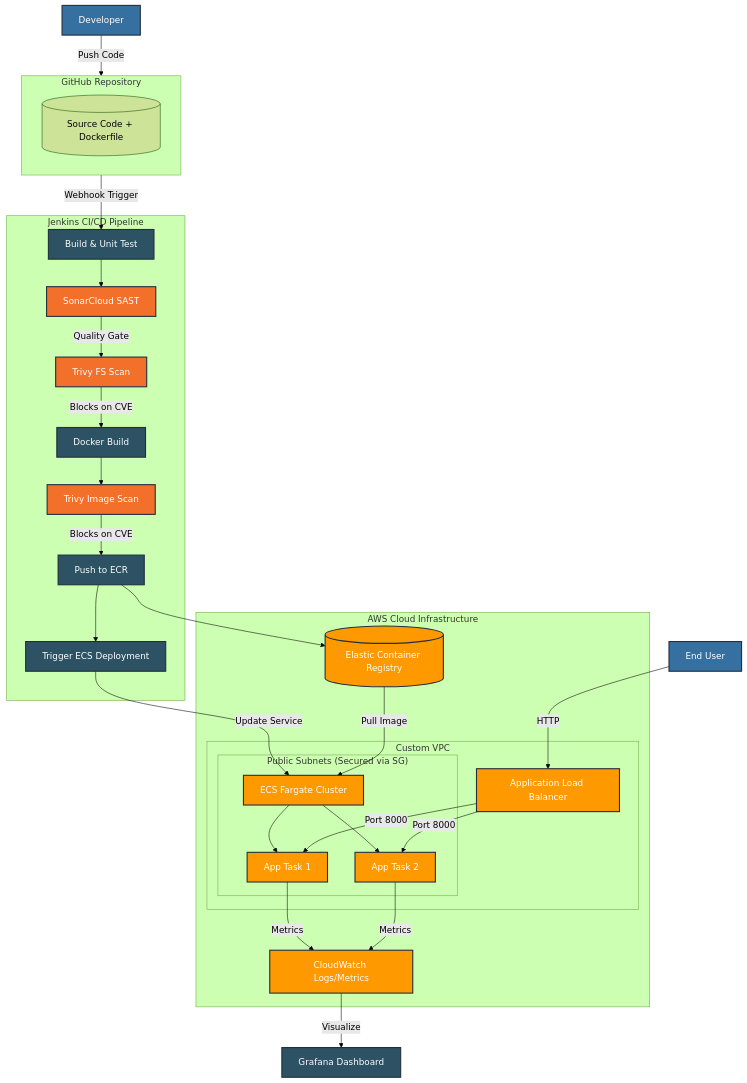
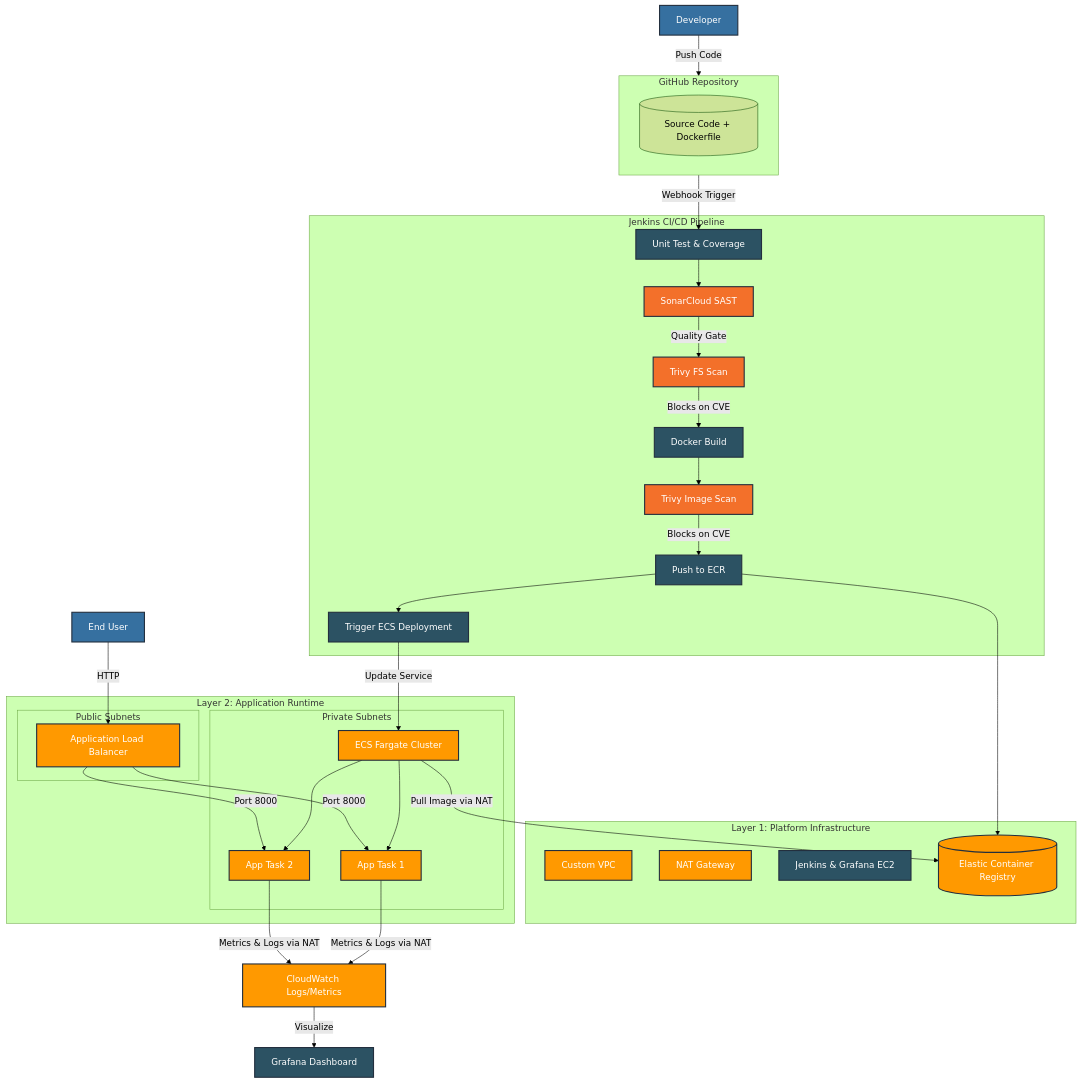
The diagram in docs/SHOWCASE.md (TanyaRoy1708/ecs-deployment-devopstoolbox), drawn with Mermaid (forest theme) before and after one commit.

Commit message:
docs: update Mermaid architecture diagram in SHOWCASE

````diff
--- a/docs/SHOWCASE.md
+++ b/docs/SHOWCASE.md
@@ -125,73 +125,77 @@
 ```mermaid
 flowchart TD
     %% Define Styles
     classDef aws fill:#FF9900,stroke:#232F3E,stroke-width:2px,color:white;
     classDef devops fill:#2C5263,stroke:#232F3E,stroke-width:2px,color:white;
     classDef security fill:#F3702A,stroke:#232F3E,stroke-width:2px,color:white;
     classDef user fill:#3670A0,stroke:#232F3E,stroke-width:2px,color:white;
 
     %% Actors
     Dev[Developer]:::user
     EndUser[End User]:::user
 
     %% Source Control
     subgraph GitHub [GitHub Repository]
         Code[(Source Code + Dockerfile)]
     end
 
+    %% Platform Foundation
+    subgraph Platform [Layer 1: Platform Infrastructure]
+        VPC[Custom VPC]:::aws
+        NAT[NAT Gateway]:::aws
+        Jenkins[Jenkins & Grafana EC2]:::devops
+        ECR[(Elastic Container Registry)]:::aws
+    end
+
     %% CI/CD Pipeline
     subgraph Pipeline [Jenkins CI/CD Pipeline]
-        Build[Build & Unit Test]:::devops
+        Build[Unit Test & Coverage]:::devops
         Sonar[SonarCloud SAST]:::security
         TrivyFS[Trivy FS Scan]:::security
         DockerBuild[Docker Build]:::devops
         TrivyImage[Trivy Image Scan]:::security
         Push[Push to ECR]:::devops
         Deploy[Trigger ECS Deployment]:::devops
     end
 
-    %% AWS Infrastructure
-    subgraph AWS [AWS Cloud Infrastructure]
-        ECR[(Elastic Container Registry)]:::aws
-        
-        subgraph VPC [Custom VPC]
+    %% Application Runtime
+    subgraph AppRuntime [Layer 2: Application Runtime]
+        subgraph PublicSubnets [Public Subnets]
             ALB[Application Load Balancer]:::aws
-            
-            subgraph Public Subnets ["Public Subnets (Secured via SG)"]
-                ECS[ECS Fargate Cluster]:::aws
-                Task1[App Task 1]:::aws
-                Task2[App Task 2]:::aws
-                ECS --> Task1
-                ECS --> Task2
-            end
         end
-        
-        CW[CloudWatch Logs/Metrics]:::aws
+
+        subgraph PrivateSubnets [Private Subnets]
+            ECS[ECS Fargate Cluster]:::aws
+            Task1[App Task 1]:::aws
+            Task2[App Task 2]:::aws
+            ECS --> Task1
+            ECS --> Task2
+        end
     end
 
-    %% Observability
+    CW[CloudWatch Logs/Metrics]:::aws
     Grafana[Grafana Dashboard]:::devops
 
     %% Flows
     Dev -->|Push Code| GitHub
     GitHub -->|Webhook Trigger| Build
     
     Build --> Sonar
     Sonar -->|Quality Gate| TrivyFS
     TrivyFS -->|Blocks on CVE| DockerBuild
     DockerBuild --> TrivyImage
     TrivyImage -->|Blocks on CVE| Push
     Push --> ECR
     Push --> Deploy
     
     Deploy -->|Update Service| ECS
-    ECR -->|Pull Image| ECS
+    ECS -->|Pull Image via NAT| ECR
     
     EndUser -->|HTTP| ALB
     ALB -->|Port 8000| Task1
     ALB -->|Port 8000| Task2
     
-    Task1 -->|Metrics| CW
-    Task2 -->|Metrics| CW
+    Task1 -->|Metrics & Logs via NAT| CW
+    Task2 -->|Metrics & Logs via NAT| CW
     CW -->|Visualize| Grafana
 ```
````
